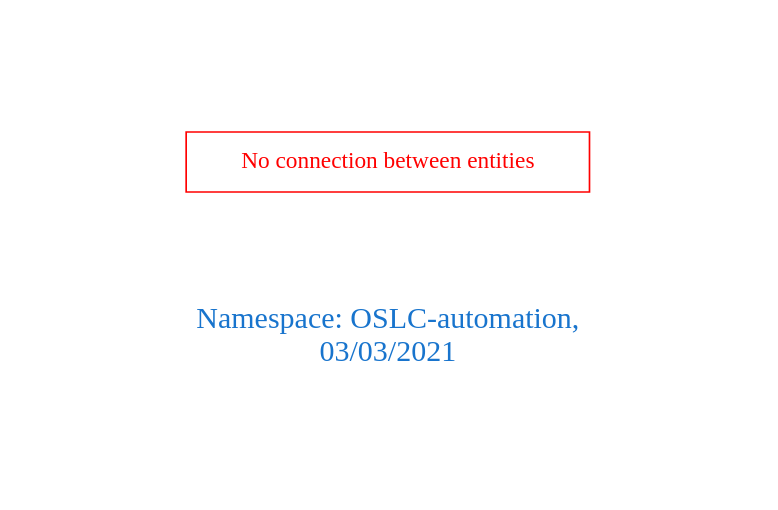
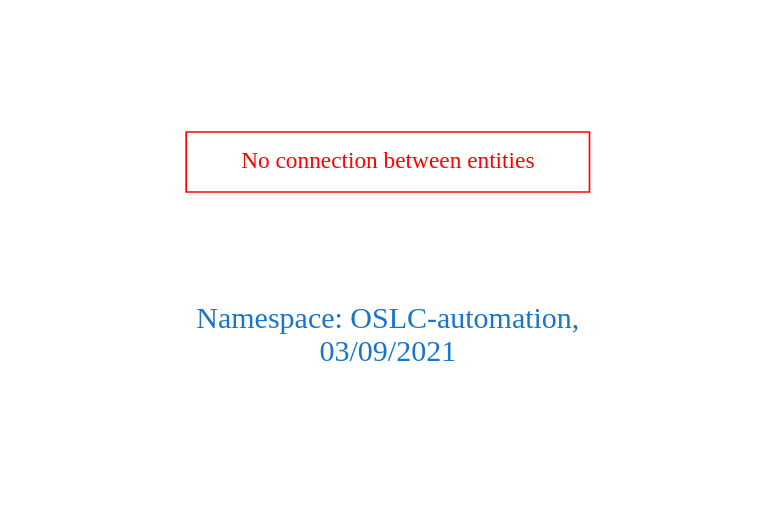
The diagram in downloads/OSLC-automation.dot (arago/OGIT), drawn with Graphviz before and after one commit. The commit also changed 1845 other files, not shown here.

```diff
--- a/downloads/OSLC-automation.dot
+++ b/downloads/OSLC-automation.dot
@@ -1,9 +1,9 @@
 digraph OGIT_ontology {
  graph [ rankdir= LR,pad=1 
 fontsize = 18,
-fontcolor= dodgerblue3,label = "\n\n\nNamespace: OSLC-automation, \n 03/03/2021"];
+fontcolor= dodgerblue3,label = "\n\n\nNamespace: OSLC-automation, \n 03/09/2021"];
 node[shape=polygon];
 edge [  color="gray81"];
 
 "No connection between entities" [fontcolor = "red",color="red", shape="polygon"]
 }
```
